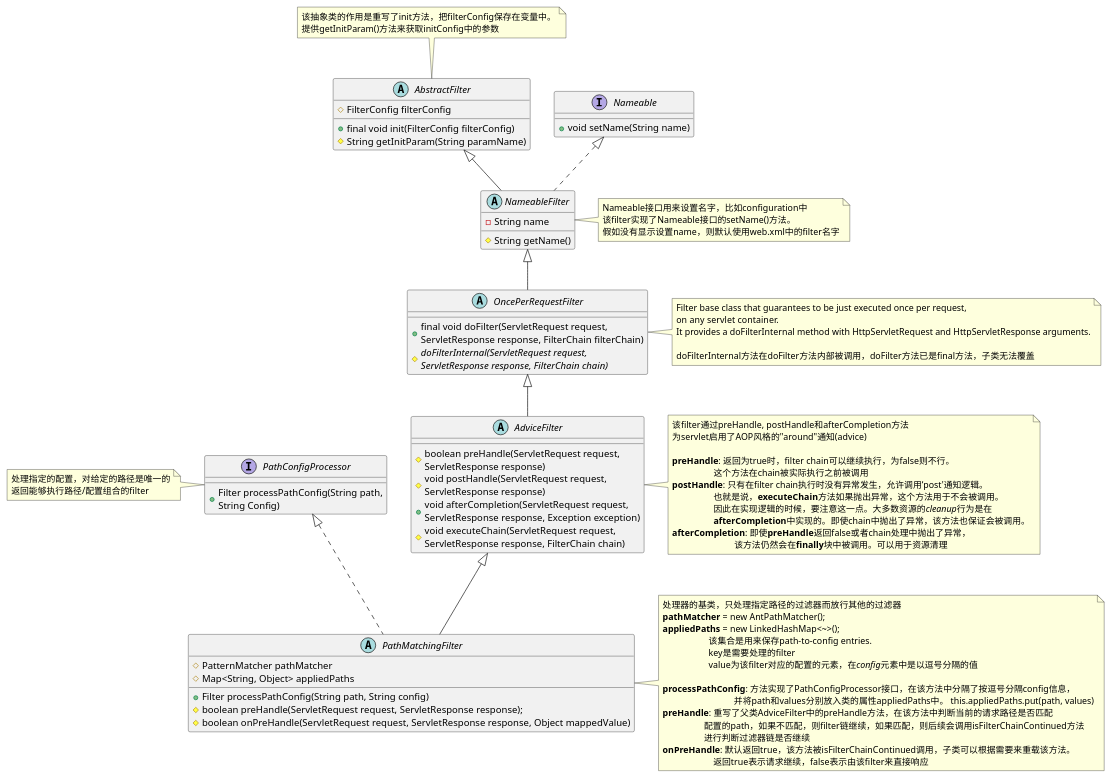
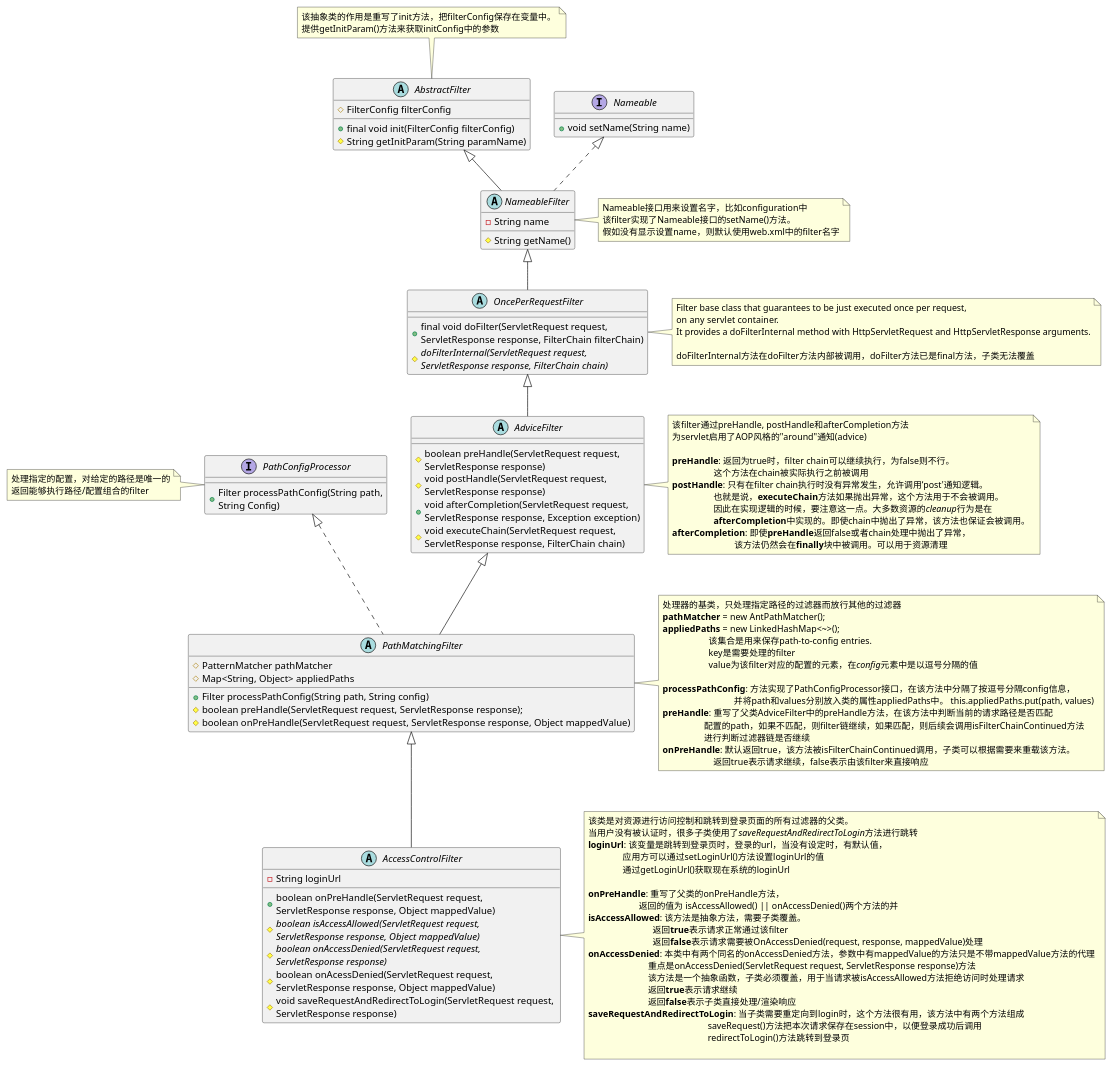
The diagram in zheng-upms/filtersUML.puml (amykiki/zheng), drawn with PlantUML before and after one commit.

Commit message:
filter uml update

```diff
--- a/zheng-upms/filtersUML.puml
+++ b/zheng-upms/filtersUML.puml
@@ -1,93 +1,126 @@
 @startuml
 abstract class AbstractFilter {
 #FilterConfig filterConfig
 +final void init(FilterConfig filterConfig)
 #String getInitParam(String paramName)
 }
 
 interface Nameable {
 + void setName(String name)
 }
 
 abstract class NameableFilter {
 -String name
 #String getName()
 }
 
 abstract class OncePerRequestFilter {
 + final void doFilter(ServletRequest request, \nServletResponse response, FilterChain filterChain)
 #{abstract} doFilterInternal(ServletRequest request, \nServletResponse response, FilterChain chain)
 }
 
 abstract class AdviceFilter {
 # boolean preHandle(ServletRequest request, \nServletResponse response)
 # void postHandle(ServletRequest request, \nServletResponse response)
 + void afterCompletion(ServletRequest request, \nServletResponse response, Exception exception)
 # void executeChain(ServletRequest request, \nServletResponse response, FilterChain chain)
 }
 
 interface PathConfigProcessor {
 + Filter processPathConfig(String path,\nString Config)
 }
 
 abstract class PathMatchingFilter {
 # PatternMatcher pathMatcher
 # Map<String, Object> appliedPaths
 + Filter processPathConfig(String path, String config)
 # boolean preHandle(ServletRequest request, ServletResponse response);
 # boolean onPreHandle(ServletRequest request, ServletResponse response, Object mappedValue)
 }
+
+abstract class AccessControlFilter {
+- String loginUrl
++ boolean onPreHandle(ServletRequest request, \nServletResponse response, Object mappedValue)
+# {abstract} boolean isAccessAllowed(ServletRequest request, \nServletResponse response, Object mappedValue)
+# {abstract} boolean onAccessDenied(ServletRequest request, \nServletResponse response)
+# boolean onAcessDenied(ServletRequest request, \nServletResponse response, Object mappedValue)
+# void saveRequestAndRedirectToLogin(ServletRequest request, \nServletResponse response)
+}
 AbstractFilter <|-- NameableFilter
 Nameable <|.. NameableFilter
 NameableFilter <|-- OncePerRequestFilter
 OncePerRequestFilter <|-- AdviceFilter
 PathConfigProcessor <|.. PathMatchingFilter
 AdviceFilter <|-- PathMatchingFilter
+PathMatchingFilter <|-- AccessControlFilter
 note top of AbstractFilter : 该抽象类的作用是重写了init方法，把filterConfig保存在变量中。\n提供getInitParam()方法来获取initConfig中的参数
 
 note right of NameableFilter : Nameable接口用来设置名字，比如configuration中\n该filter实现了Nameable接口的setName()方法。\n假如没有显示设置name，则默认使用web.xml中的filter名字
 
 note right of OncePerRequestFilter
 Filter base class that guarantees to be just executed once per request,
 on any servlet container.
 It provides a doFilterInternal method with HttpServletRequest and HttpServletResponse arguments.
 
 doFilterInternal方法在doFilter方法内部被调用，doFilter方法已是final方法，子类无法覆盖
 end note
 
 note right of AdviceFilter
 该filter通过preHandle, postHandle和afterCompletion方法
 为servlet启用了AOP风格的"around"通知(advice)
 
 <b>preHandle</b>: 返回为true时，filter chain可以继续执行，为false则不行。
                   这个方法在chain被实际执行之前被调用
 <b>postHandle</b>: 只有在filter chain执行时没有异常发生，允许调用‘post'通知逻辑。
                   也就是说，<b>executeChain</b>方法如果抛出异常，这个方法用于不会被调用。
                   因此在实现逻辑的时候，要注意这一点。大多数资源的<i>cleanup</i>行为是在
                   <b>afterCompletion</b>中实现的。即使chain中抛出了异常，该方法也保证会被调用。
 <b>afterCompletion</b>: 即使<b>preHandle</b>返回false或者chain处理中抛出了异常，
                            该方法仍然会在<b>finally</b>块中被调用。可以用于资源清理
 end note
 
 note left of PathConfigProcessor
 处理指定的配置，对给定的路径是唯一的
 返回能够执行路径/配置组合的filter
 end note
 
 note right of PathMatchingFilter
 处理器的基类，只处理指定路径的过滤器而放行其他的过滤器
 <b>pathMatcher</b> = new AntPathMatcher();
 <b>appliedPaths</b> = new LinkedHashMap<~>();
                     该集合是用来保存path-to-config entries.
                     key是需要处理的filter
                     value为该filter对应的配置的元素，在<i>config</i>元素中是以逗号分隔的值
 
 <b>processPathConfig</b>: 方法实现了PathConfigProcessor接口，在该方法中分隔了按逗号分隔config信息，
                                并将path和values分别放入类的属性appliedPaths中。 this.appliedPaths.put(path, values)
 <b>preHandle</b>: 重写了父类AdviceFilter中的preHandle方法，在该方法中判断当前的请求路径是否匹配
                   配置的path，如果不匹配，则filter链继续，如果匹配，则后续会调用isFilterChainContinued方法
                   进行判断过滤器链是否继续
 <b>onPreHandle</b>: 默认返回true，该方法被isFilterChainContinued调用，子类可以根据需要来重载该方法。
                       返回true表示请求继续，false表示由该filter来直接响应
 end note
+
+note right of AccessControlFilter
+该类是对资源进行访问控制和跳转到登录页面的所有过滤器的父类。
+当用户没有被认证时，很多子类使用了<i>saveRequestAndRedirectToLogin</i>方法进行跳转
+<b>loginUrl</b>: 该变量是跳转到登录页时，登录的url，当没有设定时，有默认值，
+               应用方可以通过setLoginUrl()方法设置loginUrl的值
+               通过getLoginUrl()获取现在系统的loginUrl
+
+<b>onPreHandle</b>: 重写了父类的onPreHandle方法，
+                      返回的值为 isAccessAllowed() || onAccessDenied()两个方法的并
+<b>isAccessAllowed</b>: 该方法是抽象方法，需要子类覆盖。
+                            返回<b>true</b>表示请求正常通过该filter
+                            返回<b>false</b>表示请求需要被OnAccessDenied(request, response, mappedValue)处理
+<b>onAccessDenied</b>: 本类中有两个同名的onAccessDenied方法，参数中有mappedValue的方法只是不带mappedValue方法的代理
+                          重点是onAccessDenied(ServletRequest request, ServletResponse response)方法
+                          该方法是一个抽象函数，子类必须覆盖，用于当请求被isAccessAllowed方法拒绝访问时处理请求
+                          返回<b>true</b>表示请求继续
+                          返回<b>false</b>表示子类直接处理/渲染响应
+<b>saveRequestAndRedirectToLogin</b>: 当子类需要重定向到login时，这个方法很有用，该方法中有两个方法组成
+                                                    saveRequest()方法把本次请求保存在session中，以便登录成功后调用
+                                                    redirectToLogin()方法跳转到登录页
+
+end note
 @enduml
```
